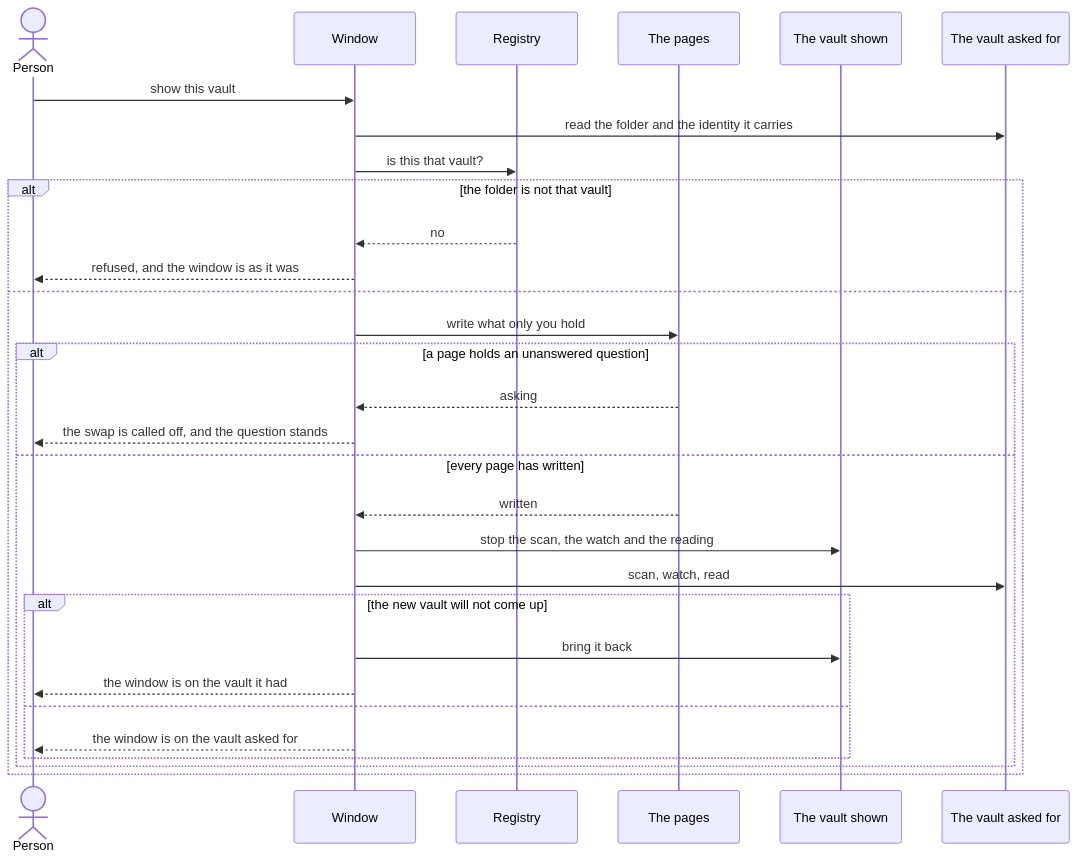
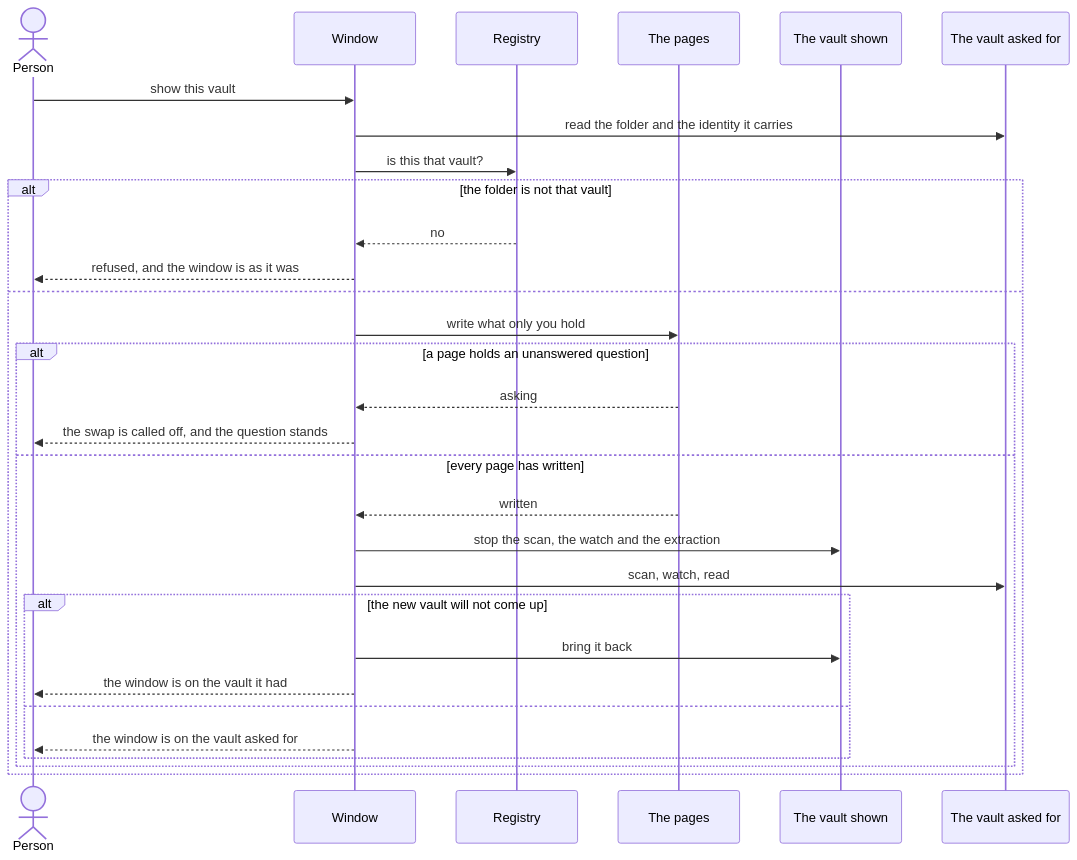
One commit to jiva-studio/numen changed the diagram in docs/vaults.md. Above: the diagram before and after it, drawn with Mermaid. The commit also changed other lines of this file and 159 other files, not shown here.

````diff
--- a/docs/vaults.md
+++ b/docs/vaults.md
@@ -29,33 +29,33 @@
 ```mermaid
 sequenceDiagram
     actor Person
     participant Window
     participant Registry
     participant Pages as The pages
     participant Old as The vault shown
     participant New as The vault asked for
 
     Person->>Window: show this vault
     Window->>New: read the folder and the identity it carries
     Window->>Registry: is this that vault?
     alt the folder is not that vault
         Registry-->>Window: no
         Window-->>Person: refused, and the window is as it was
     else
         Window->>Pages: write what only you hold
         alt a page holds an unanswered question
             Pages-->>Window: asking
             Window-->>Person: the swap is called off, and the question stands
         else every page has written
             Pages-->>Window: written
-            Window->>Old: stop the scan, the watch and the reading
+            Window->>Old: stop the scan, the watch and the extraction
             Window->>New: scan, watch, read
             alt the new vault will not come up
                 Window->>Old: bring it back
                 Window-->>Person: the window is on the vault it had
             else
                 Window-->>Person: the window is on the vault asked for
             end
         end
     end
 ```
````
